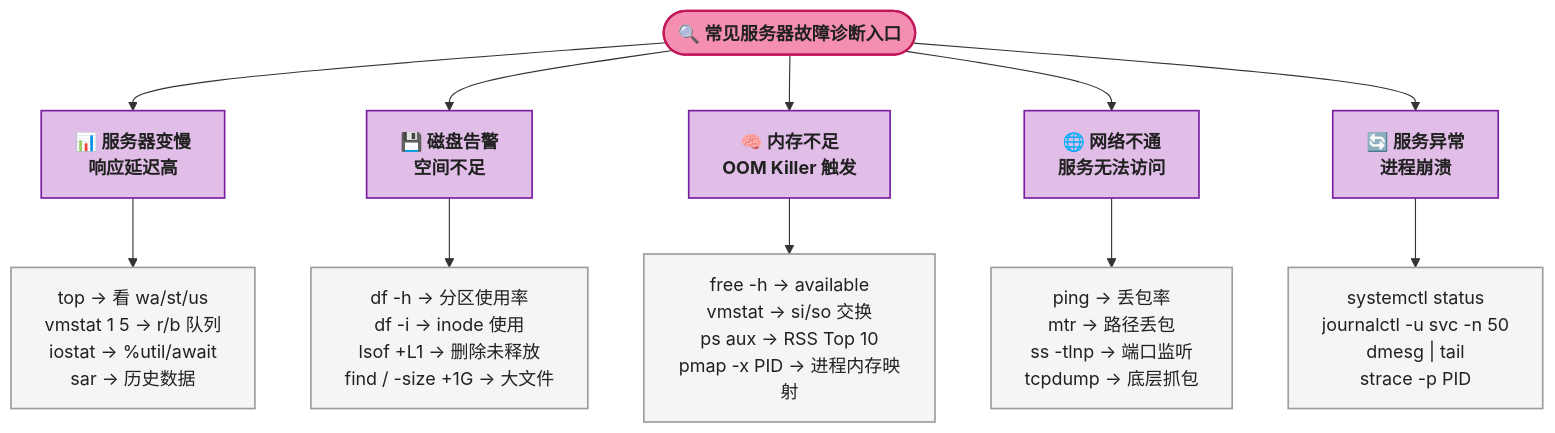
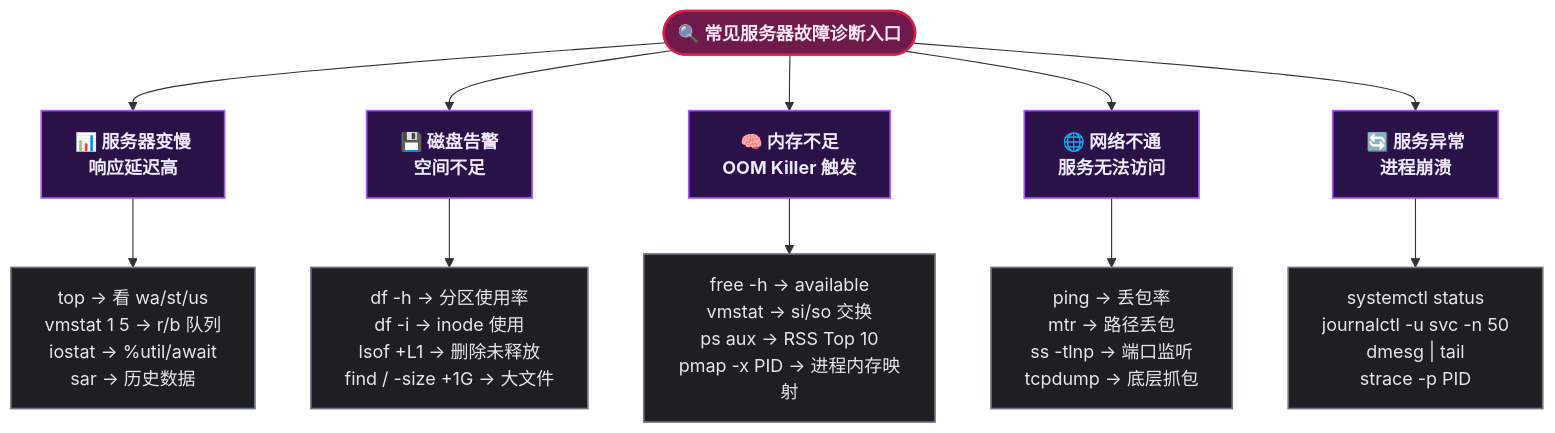
One commit to yaocat55/yaocat55.github.io changed the third of 4 diagrams in content/posts/linux/LinuxCommands100.md. Above: the diagram before and after it, drawn with Mermaid. The commit also changed other lines of this file and 155 other files, not shown here.

````diff
--- a/content/posts/linux/LinuxCommands100.md
+++ b/content/posts/linux/LinuxCommands100.md
@@ -1761,26 +1761,26 @@
 ```mermaid
 flowchart TD
-    classDef startEnd fill:#F48FB1,stroke:#C2185B,stroke-width:2px,color:#212121,font-weight:bold;
-    classDef condition fill:#E1BEE7,stroke:#7B1FA2,stroke-width:1.5px,color:#212121,font-weight:bold;
-    classDef process fill:#F5F5F5,stroke:#9E9E9E,stroke-width:1.5px,color:#212121;
-    classDef data fill:#C8E6C9,stroke:#388E3C,stroke-width:1.5px,color:#1B5E20,font-weight:bold;
-    classDef highlight fill:#FFCCBC,stroke:#E64A19,stroke-width:1.5px,color:#D84315,font-weight:bold;
+classDef startEnd fill:#701a4c,stroke:#e11d48,stroke-width:2px,color:#fce7f3,font-weight:bold;
+classDef condition fill:#2a1147,stroke:#a855f7,stroke-width:1.5px,color:#ede9fe,font-weight:bold;
+classDef process fill:#1e1e24,stroke:#6b7280,stroke-width:1.5px,color:#e5e7eb;
+classDef data fill:#052e16,stroke:#16a34a,stroke-width:1.5px,color:#bbf7d0,font-weight:bold;
+classDef highlight fill:#450a0a,stroke:#dc2626,stroke-width:1.5px,color:#fecaca,font-weight:bold;
 
     ROOT([🔍 常见服务器故障诊断入口])
 
     ROOT --> S1["📊 服务器变慢\n响应延迟高"]
     ROOT --> S2["💾 磁盘告警\n空间不足"]
     ROOT --> S3["🧠 内存不足\nOOM Killer 触发"]
     ROOT --> S4["🌐 网络不通\n服务无法访问"]
     ROOT --> S5["🔄 服务异常\n进程崩溃"]
 
     S1 --> D1["top → 看 wa/st/us\nvmstat 1 5 → r/b 队列\niostat → %util/await\nsar → 历史数据"]
     S2 --> D2["df -h → 分区使用率\ndf -i → inode 使用\nlsof +L1 → 删除未释放\nfind / -size +1G → 大文件"]
     S3 --> D3["free -h → available\nvmstat → si/so 交换\nps aux → RSS Top 10\npmap -x PID → 进程内存映射"]
     S4 --> D4["ping → 丢包率\nmtr → 路径丢包\nss -tlnp → 端口监听\ntcpdump → 底层抓包"]
     S5 --> D5["systemctl status\njournalctl -u svc -n 50\ndmesg | tail\nstrace -p PID"]
 
     class ROOT startEnd;
     class S1,S2,S3,S4,S5 condition;
     class D1,D2,D3,D4,D5 process;
 ```
````
